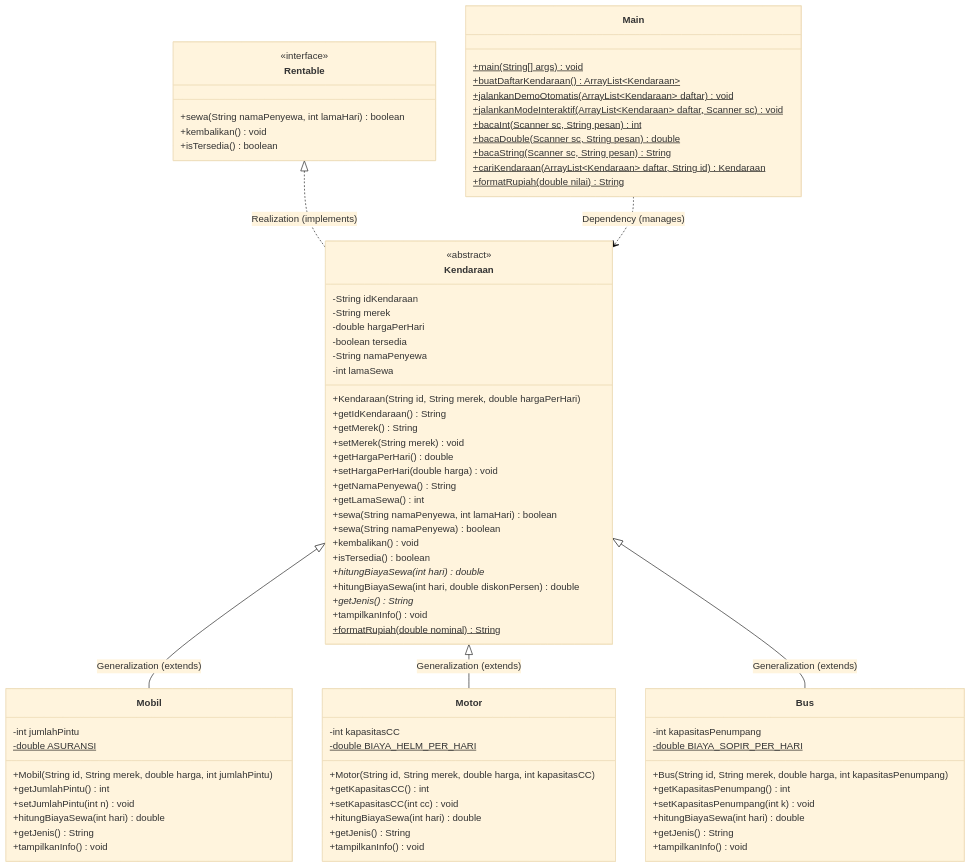
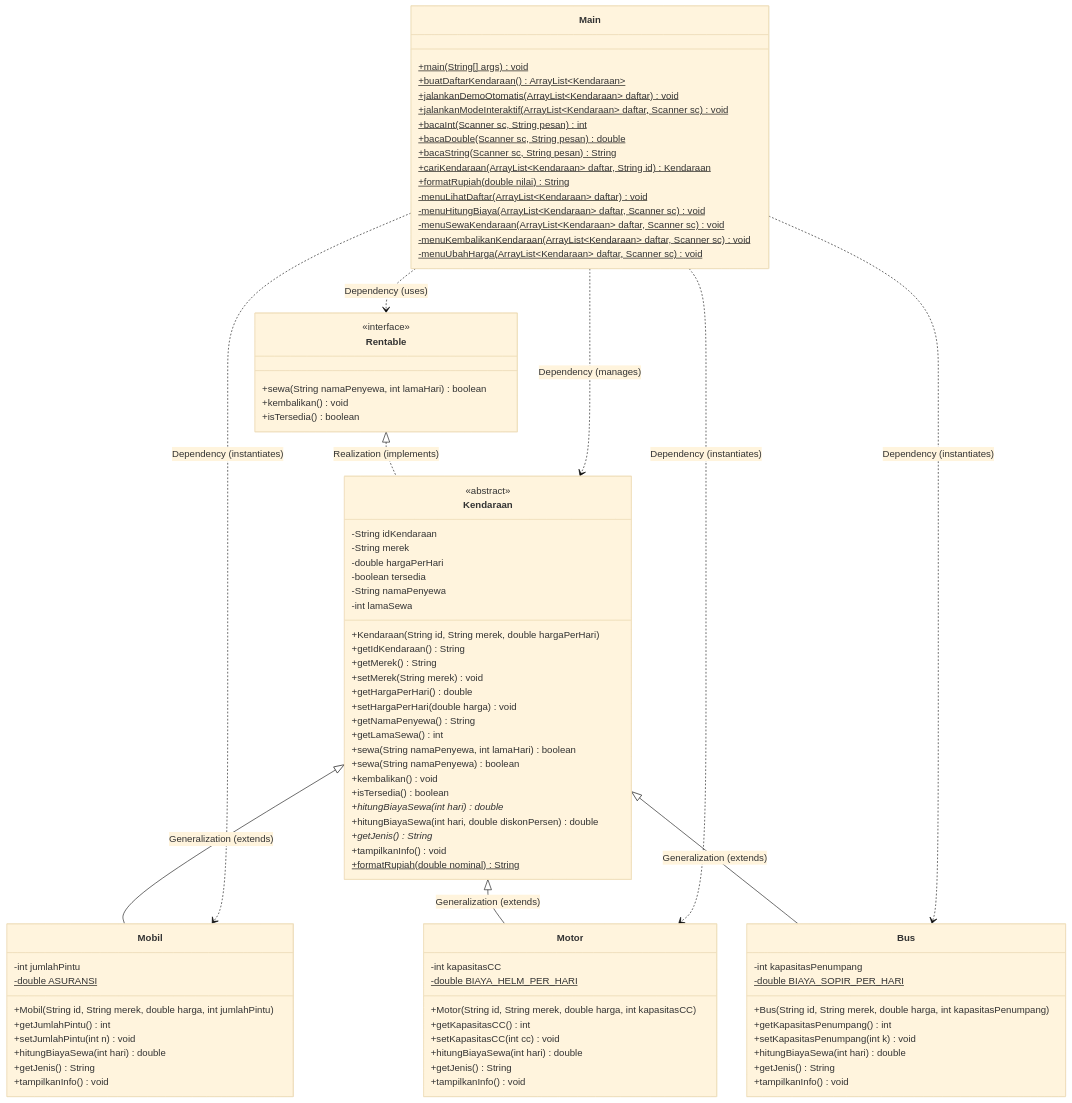
One commit to heyimflh/Project-Praktikum-OOP changed the first of 3 diagrams in LabSession3B/README.md. Above: the diagram before and after it, drawn with Mermaid (base theme). The commit also changed other lines of this file and 14 other files, not shown here.

````diff
--- a/LabSession3B/README.md
+++ b/LabSession3B/README.md
@@ -344,6 +568,11 @@
         +bacaString(Scanner sc, String pesan)$ String
         +cariKendaraan(ArrayList~Kendaraan~ daftar, String id)$ Kendaraan
         +formatRupiah(double nilai)$ String
+        -menuLihatDaftar(ArrayList~Kendaraan~ daftar)$ void
+        -menuHitungBiaya(ArrayList~Kendaraan~ daftar, Scanner sc)$ void
+        -menuSewaKendaraan(ArrayList~Kendaraan~ daftar, Scanner sc)$ void
+        -menuKembalikanKendaraan(ArrayList~Kendaraan~ daftar, Scanner sc)$ void
+        -menuUbahHarga(ArrayList~Kendaraan~ daftar, Scanner sc)$ void
     }
 
     Rentable <|.. Kendaraan : Realization (implements)
@@ -351,4 +580,8 @@
     Kendaraan <|-- Motor : Generalization (extends)
     Kendaraan <|-- Bus : Generalization (extends)
     Main ..> Kendaraan : Dependency (manages)
+    Main ..> Mobil : Dependency (instantiates)
+    Main ..> Motor : Dependency (instantiates)
+    Main ..> Bus : Dependency (instantiates)
+    Main ..> Rentable : Dependency (uses)
 ```
````
